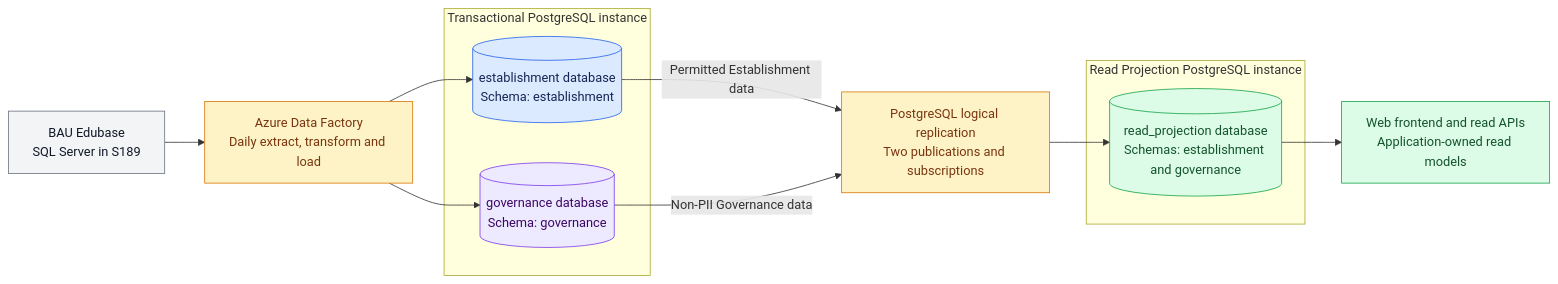
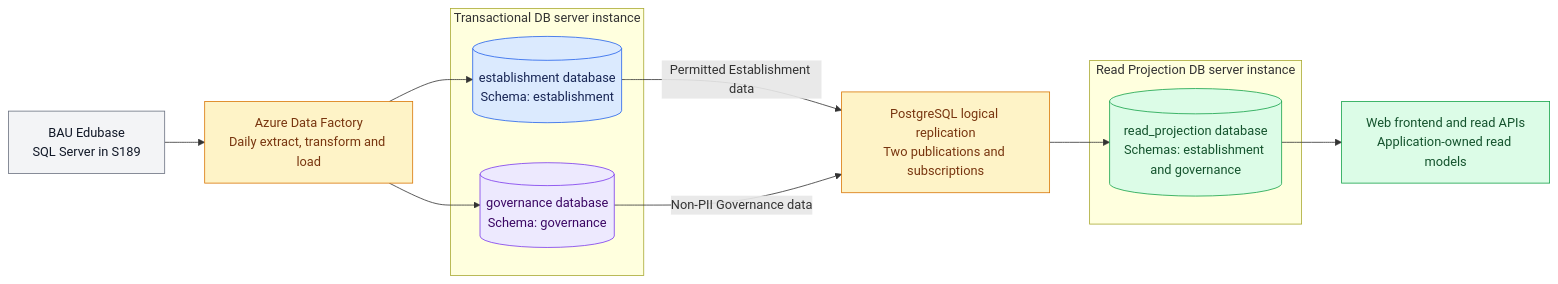
The second of 2 diagrams in data/epr-data-platform-topology-and-replication.md (DFE-Digital/education-provider-registry-docs), drawn with Mermaid before and after one commit. The commit also changed other lines of this file, not shown here.

````diff
--- a/data/epr-data-platform-topology-and-replication.md
+++ b/data/epr-data-platform-topology-and-replication.md
@@ -102,37 +123,37 @@
 ```mermaid
 flowchart LR
     BAU["BAU Edubase<br/>SQL Server in S189"]
     ADF["Azure Data Factory<br/>Daily extract, transform and load"]
 
-    subgraph TX["Transactional PostgreSQL instance"]
+    subgraph TX["Transactional DB server instance"]
         E[("establishment database<br/>Schema: establishment")]
         G[("governance database<br/>Schema: governance")]
     end
 
     L["PostgreSQL logical replication<br/>Two publications and subscriptions"]
 
-    subgraph READ["Read Projection PostgreSQL instance"]
+    subgraph READ["Read Projection DB server instance"]
         R[("read_projection database<br/>Schemas: establishment and governance")]
     end
 
     APPS["Web frontend and read APIs<br/>Application-owned read models"]
 
     BAU --> ADF
     ADF --> E
     ADF --> G
     E -->|Permitted Establishment data| L
     G -->|Non-PII Governance data| L
     L --> R
     R --> APPS
 
     classDef source fill:#F3F4F6,stroke:#6B7280,color:#111827
     classDef processing fill:#FEF3C7,stroke:#D97706,color:#78350F
     classDef establishment fill:#DBEAFE,stroke:#2563EB,color:#172554
     classDef governance fill:#EDE9FE,stroke:#7C3AED,color:#3B0764
     classDef read fill:#DCFCE7,stroke:#16A34A,color:#14532D
     class BAU source
     class ADF,L processing
     class E establishment
     class G governance
     class R,APPS read
 ```
````
